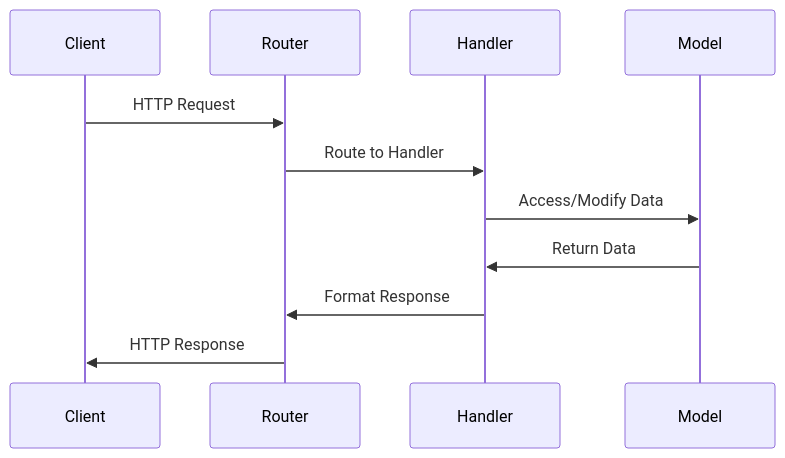
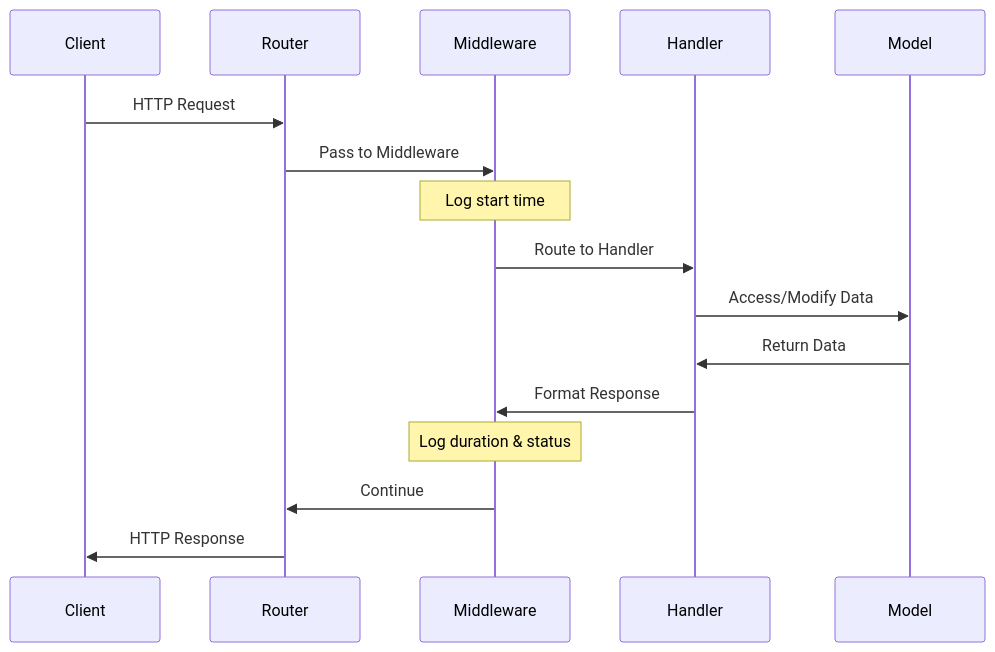
Before and after one commit to gamefiend/doc-agent-demo: the second of 2 diagrams in docs/ARCHITECTURE.md, drawn with Mermaid. The commit also changed other lines of this file and 5 other files, not shown here.

````diff
--- a/docs/ARCHITECTURE.md
+++ b/docs/ARCHITECTURE.md
@@ -74,14 +131,19 @@
 ```mermaid
 sequenceDiagram
     participant C as Client
     participant R as Router
+    participant MW as Middleware
     participant H as Handler
     participant M as Model
 
     C->>R: HTTP Request
-    R->>H: Route to Handler
+    R->>MW: Pass to Middleware
+    Note over MW: Log start time
+    MW->>H: Route to Handler
     H->>M: Access/Modify Data
     M->>H: Return Data
-    H->>R: Format Response
+    H->>MW: Format Response
+    Note over MW: Log duration & status
+    MW->>R: Continue
     R->>C: HTTP Response
 ```
````
